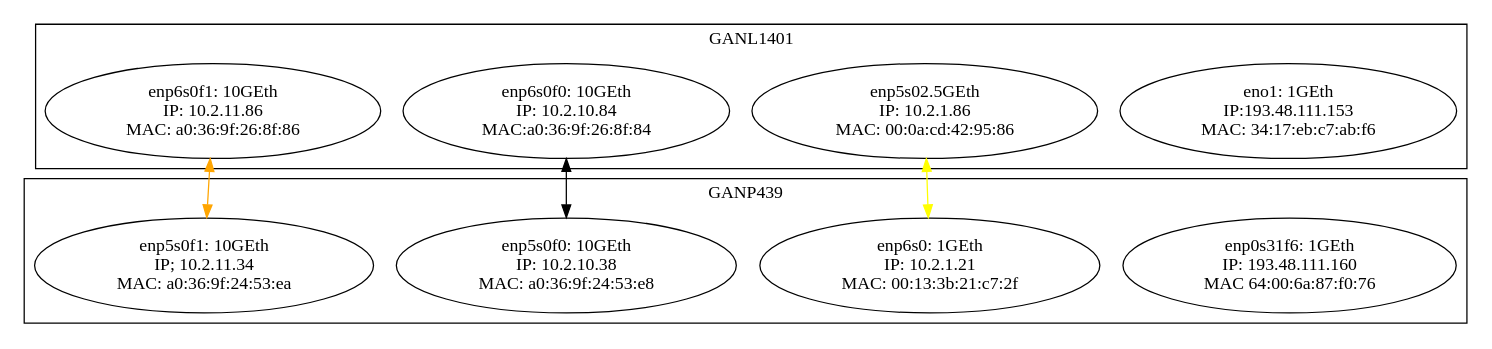
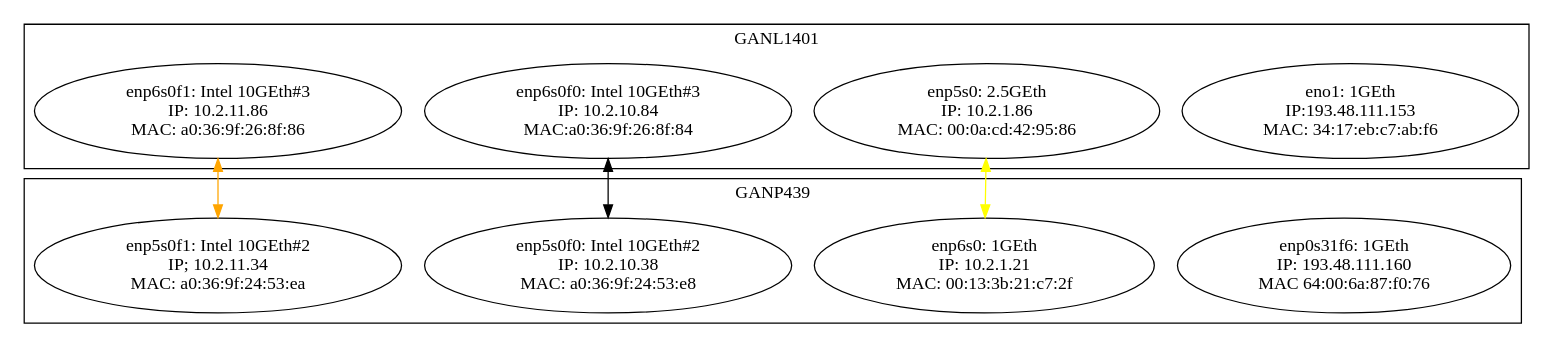
One commit to AdrielEP/test changed the diagram in graphInfra.dot. Above: the diagram before and after it, drawn with Graphviz.

Commit message:
graph: PCIe1x and motherboard

```diff
--- a/graphInfra.dot
+++ b/graphInfra.dot
@@ -1,26 +1,31 @@
 digraph Point2PointNetwork           
 {
   subgraph cluster_GANL1401        
   {label=GANL1401
+#motherboard
 	eno1[shape=ellipse,label="eno1: 1GEth\n IP:193.48.111.153\n MAC: 34:17:eb:c7:ab:f6"]
-	enp5s0[shape=ellipse,label="enp5s02.5GEth\n IP: 10.2.1.86\n MAC: 00:0a:cd:42:95:86"]
+#IcyBox PCIe1x 2.5GEth
+	enp5s0[shape=ellipse,label="enp5s0: 2.5GEth\n IP: 10.2.1.86\n MAC: 00:0a:cd:42:95:86"]
 #Intel 10GEth #3
-	enp6s0f0[shape=ellipse,label="enp6s0f0: 10GEth\n IP: 10.2.10.84\n MAC:a0:36:9f:26:8f:84"]
-	enp6s0f1[shape=ellipse,label="enp6s0f1: 10GEth\n IP: 10.2.11.86\n MAC: a0:36:9f:26:8f:86"]
+	enp6s0f0[shape=ellipse,label="enp6s0f0: Intel 10GEth#3\n IP: 10.2.10.84\n MAC:a0:36:9f:26:8f:84"]
+	enp6s0f1[shape=ellipse,label="enp6s0f1: Intel 10GEth#3\n IP: 10.2.11.86\n MAC: a0:36:9f:26:8f:86"]
   }//GANL1401
 
   subgraph cluster_GANP349        
   {label=GANP439
+#motherboard
 	enp0s31f6[shape=ellipse,label="enp0s31f6: 1GEth\n IP: 193.48.111.160\n MAC 64:00:6a:87:f0:76"]
+#StarTech PCIe1x 1GEth
 	enp6s0[shape=ellipse,label="enp6s0: 1GEth\n IP: 10.2.1.21\n MAC: 00:13:3b:21:c7:2f"]
 #Intel 10GEth #2
-	enp5s0f0[shape=ellipse,label="enp5s0f0: 10GEth\n IP: 10.2.10.38\n MAC: a0:36:9f:24:53:e8"]
-	enp5s0f1[shape=ellipse,label="enp5s0f1: 10GEth\n IP; 10.2.11.34\n MAC: a0:36:9f:24:53:ea"]
+	enp5s0f0[shape=ellipse,label="enp5s0f0: Intel 10GEth#2\n IP: 10.2.10.38\n MAC: a0:36:9f:24:53:e8"]
+	enp5s0f1[shape=ellipse,label="enp5s0f1: Intel 10GEth#2\n IP; 10.2.11.34\n MAC: a0:36:9f:24:53:ea"]
   }//GANP439
 
+#Eth CAT6
   enp5s0 -> enp6s0 [dir=both color="yellow"]
 #DAC black
   enp6s0f0 -> enp5s0f0 [dir=both color="black"]
 #DAC orange
   enp6s0f1 -> enp5s0f1 [dir=both color="orange"]
 }//digraph
```
